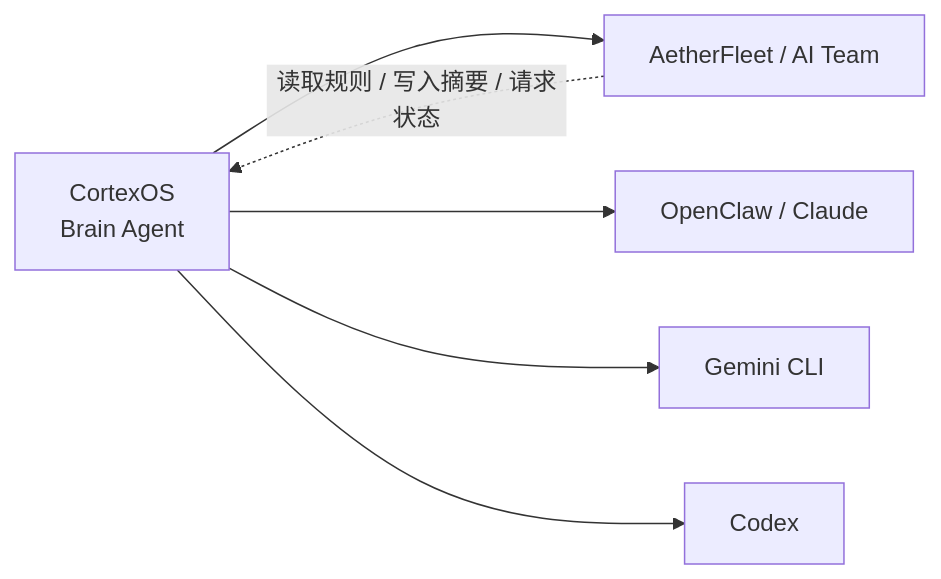
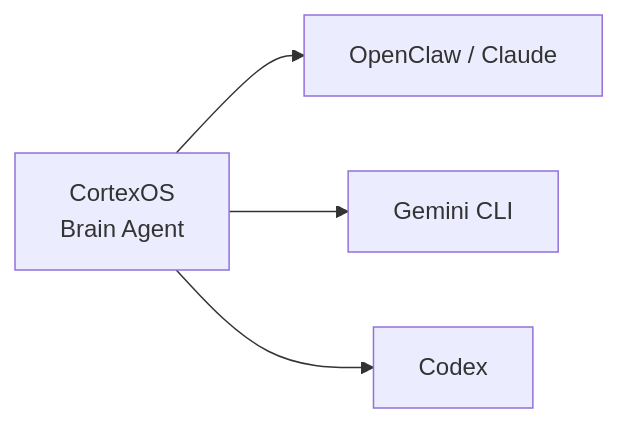
One commit to webkubor/CortexOS changed the sixth of 9 diagrams in docs/ops/architecture.md. Above: the diagram before and after it, drawn with Mermaid. The commit also changed other lines of this file and 8 other files, not shown here.

````diff
--- a/docs/ops/architecture.md
+++ b/docs/ops/architecture.md
@@ -128,9 +124,6 @@
 ```mermaid
 flowchart LR
-  brain["CortexOS\nBrain Agent"] --> fleet["AetherFleet / AI Team"]
-  brain --> openclaw["OpenClaw / Claude"]
+  brain["CortexOS\nBrain Agent"] --> openclaw["OpenClaw / Claude"]
   brain --> gemini["Gemini CLI"]
   brain --> codex["Codex"]
-
-  fleet -. 读取规则 / 写入摘要 / 请求状态 .-> brain
 ```
````
